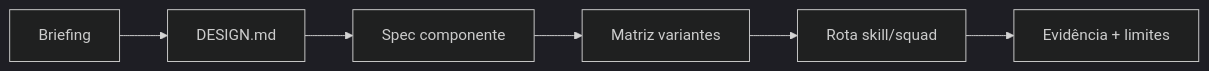
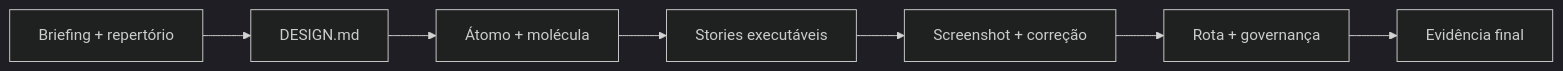
Before and after one commit to CALLBACK-Online/aiox-advanced-brain: the diagram in cursos/AIOX-Design/aulas/20-capstone-ds-storybook-executavel.md, drawn with Mermaid (dark theme). The commit also changed other lines of this file and 43 other files, not shown here.

````diff
--- a/cursos/AIOX-Design/aulas/20-capstone-ds-storybook-executavel.md
+++ b/cursos/AIOX-Design/aulas/20-capstone-ds-storybook-executavel.md
@@ -29,8 +27,9 @@
 ```mermaid
 flowchart LR
-  B["Briefing"] --> D["DESIGN.md"]
-  D --> C["Spec componente"]
-  C --> V["Matriz variantes"]
-  V --> R["Rota skill/squad"]
-  R --> E["Evidência + limites"]
+  B["Briefing + repertório"] --> D["DESIGN.md"]
+  D --> C["Átomo + molécula"]
+  C --> S["Stories executáveis"]
+  S --> V["Screenshot + correção"]
+  V --> R["Rota + governança"]
+  R --> E["Evidência final"]
 ```
````
